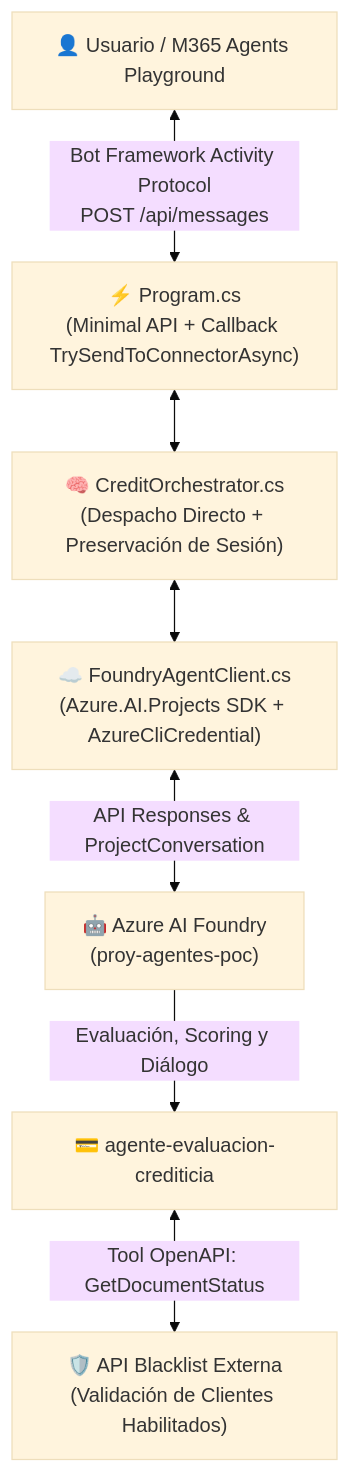
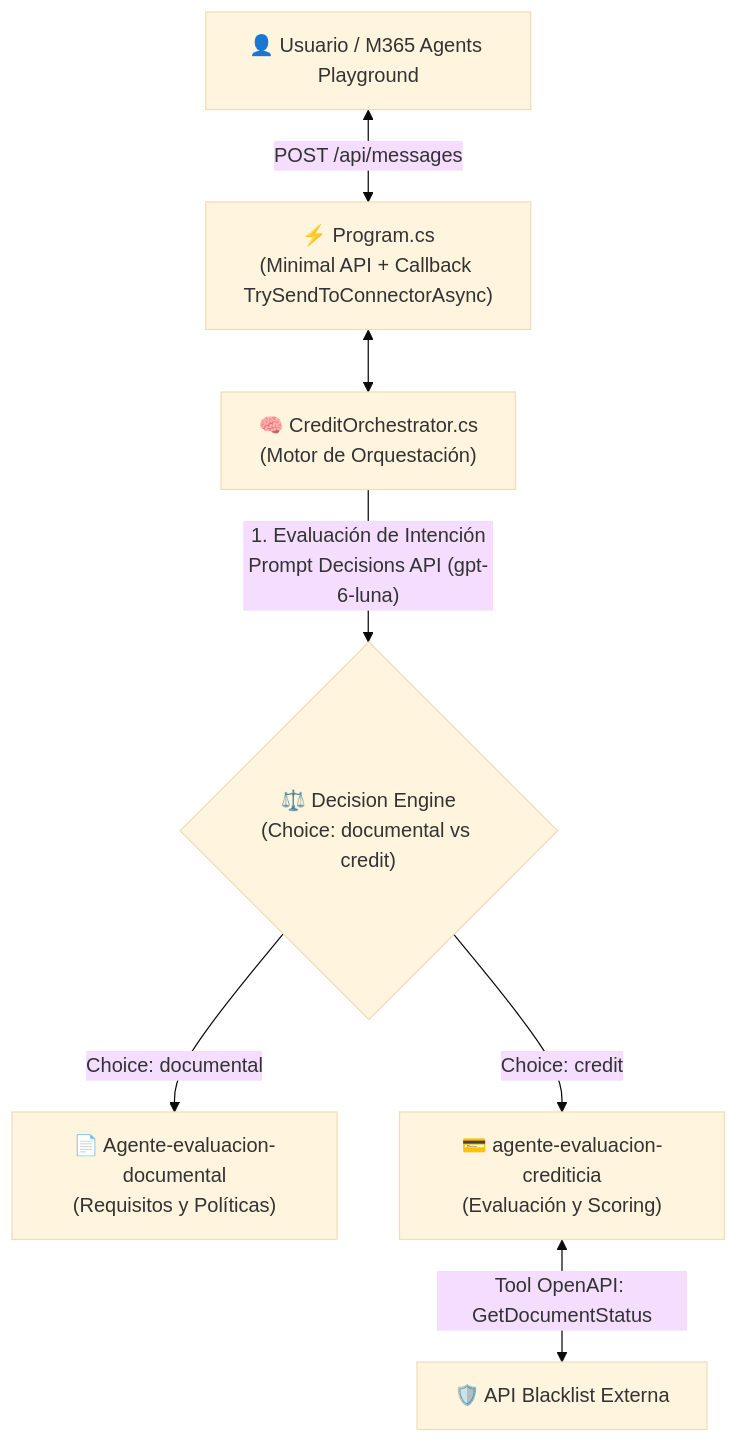
Before and after one commit to Edinsondamian/AGNT-webapp-orchestrator: the diagram in README.md, drawn with Mermaid (base theme). The commit also changed other lines of this file and 4 other files, not shown here.

Commit message:
feat(v1.1): orquestador con prompt de decision basado en OpenAI Decisions API (type choice) y enrutamiento dinamico

````diff
--- a/README.md
+++ b/README.md
@@ -43,9 +24,9 @@
 ```mermaid
 flowchart TD
-    A["👤 Usuario / M365 Agents Playground"] <-->|"Bot Framework Activity Protocol<br/>POST /api/messages"| B["⚡ Program.cs<br/>(Minimal API + Callback TrySendToConnectorAsync)"]
-    B <--> C["🧠 CreditOrchestrator.cs<br/>(Despacho Directo + Preservación de Sesión)"]
-    C <--> D["☁️ FoundryAgentClient.cs<br/>(Azure.AI.Projects SDK + AzureCliCredential)"]
-    D <-->|"API Responses & ProjectConversation"| E["🤖 Azure AI Foundry<br/>(proy-agentes-poc)"]
-    E -->|"Evaluación, Scoring y Diálogo"| F["💳 agente-evaluacion-crediticia"]
-    F <-->|"Tool OpenAPI: GetDocumentStatus"| G["🛡️ API Blacklist Externa<br/>(Validación de Clientes Habilitados)"]
+    A["👤 Usuario / M365 Agents Playground"] <-->|"POST /api/messages"| B["⚡ Program.cs<br/>(Minimal API + Callback TrySendToConnectorAsync)"]
+    B <--> C["🧠 CreditOrchestrator.cs<br/>(Motor de Orquestación)"]
+    C -->|"1. Evaluación de Intención<br/>Prompt Decisions API (gpt-6-luna)"| D{"⚖️ Decision Engine<br/>(Choice: documental vs credit)"}
+    D -->|"Choice: documental"| E["📄 Agente-evaluacion-documental<br/>(Requisitos y Políticas)"]
+    D -->|"Choice: credit"| F["💳 agente-evaluacion-crediticia<br/>(Evaluación y Scoring)"]
+    F <-->|"Tool OpenAPI: GetDocumentStatus"| G["🛡️ API Blacklist Externa"]
 ```
````
